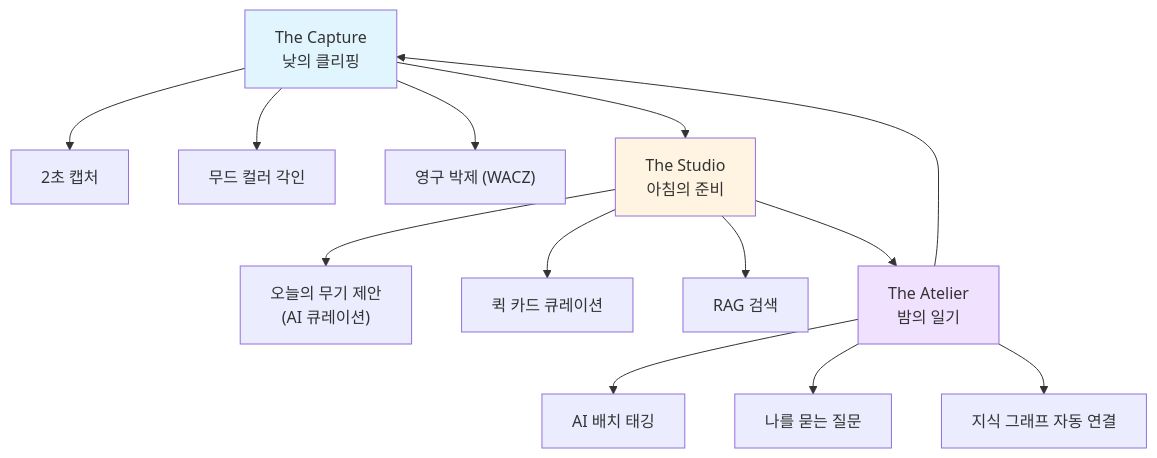
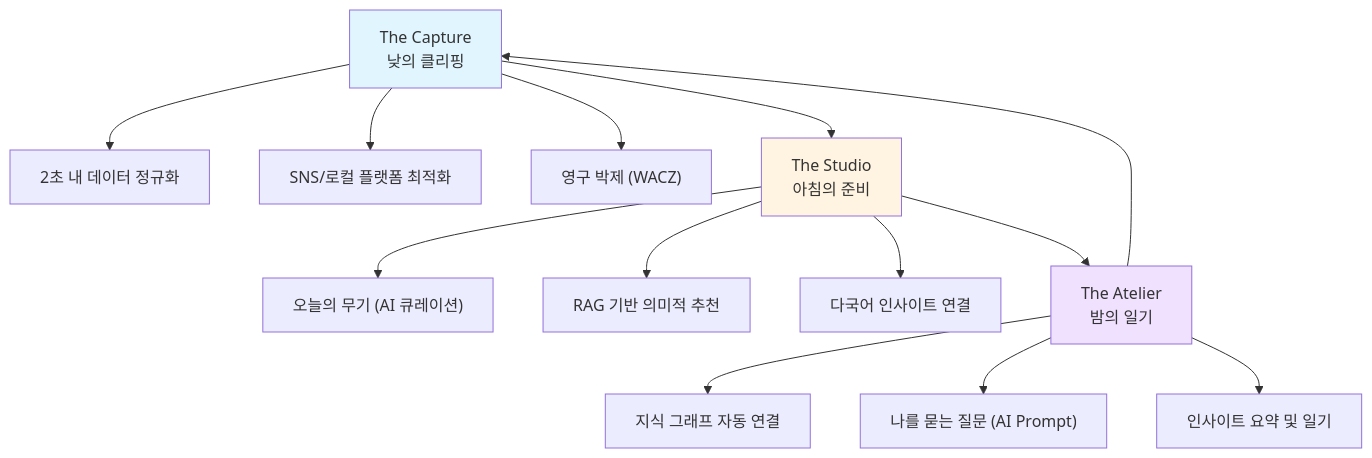
Before and after one commit to gus2902/new_learn: the second of 4 diagrams in docs/프로젝트/output/PHASE5-서비스제안/PHASE5-Step4-시각화통합-2026-01-10.md, drawn with Mermaid. The commit also changed other lines of this file and 25 other files, not shown here.

````diff
--- a/docs/프로젝트/output/PHASE5-서비스제안/PHASE5-Step4-시각화통합-2026-01-10.md
+++ b/docs/프로젝트/output/PHASE5-서비스제안/PHASE5-Step4-시각화통합-2026-01-10.md
@@ -55,22 +51,22 @@
 ```mermaid
 graph TB
-    S1["The Capture<br/>낮의 클리핑"] --> F1["2초 캡처"]
-    S1 --> F2["무드 컬러 각인"]
+    S1["The Capture<br/>낮의 클리핑"] --> F1["2초 내 데이터 정규화"]
+    S1 --> F2["SNS/로컬 플랫폼 최적화"]
     S1 --> F3["영구 박제 (WACZ)"]
     
-    S2["The Studio<br/>아침의 준비"] --> F4["오늘의 무기 제안<br/>(AI 큐레이션)"]
-    S2 --> F5["퀵 카드 큐레이션"]
-    S2 --> F6["RAG 검색"]
+    S2["The Studio<br/>아침의 준비"] --> F4["오늘의 무기 (AI 큐레이션)"]
+    S2 --> F5["RAG 기반 의미적 추천"]
+    S2 --> F6["다국어 인사이트 연결"]
     
-    S3["The Atelier<br/>밤의 일기"] --> F7["AI 배치 태깅"]
-    S3 --> F8["나를 묻는 질문"]
-    S3 --> F9["지식 그래프 자동 연결"]
+    S3["The Atelier<br/>밤의 일기"] --> F7["지식 그래프 자동 연결"]
+    S3 --> F8["나를 묻는 질문 (AI Prompt)"]
+    S3 --> F9["인사이트 요약 및 일기"]
     
     S1 --> S2
     S2 --> S3
     S3 --> S1
     
     style S1 fill:#e1f5ff
     style S2 fill:#fff4e1
     style S3 fill:#f0e1ff
 ```
````
